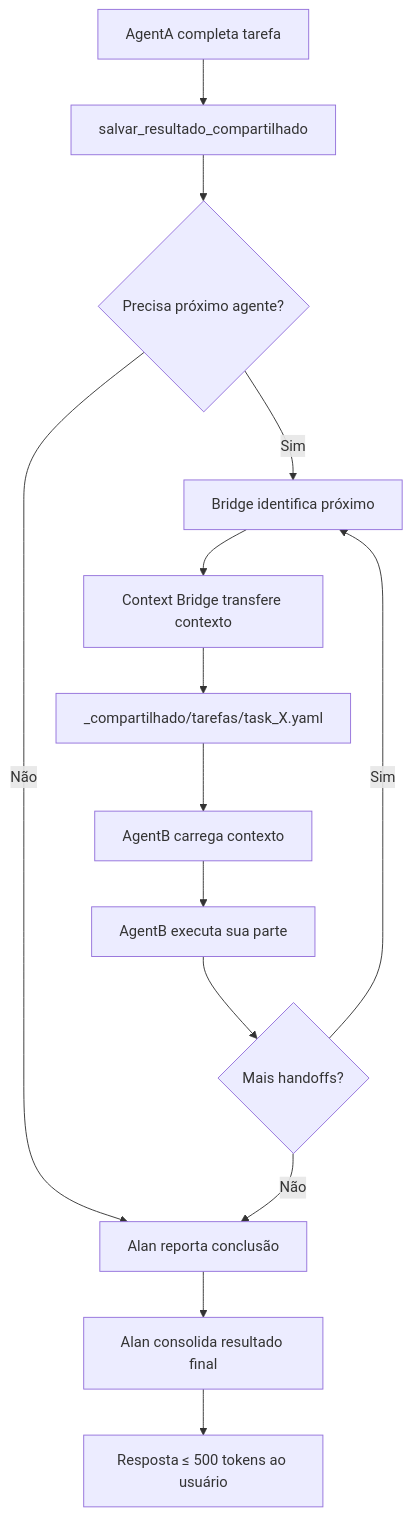
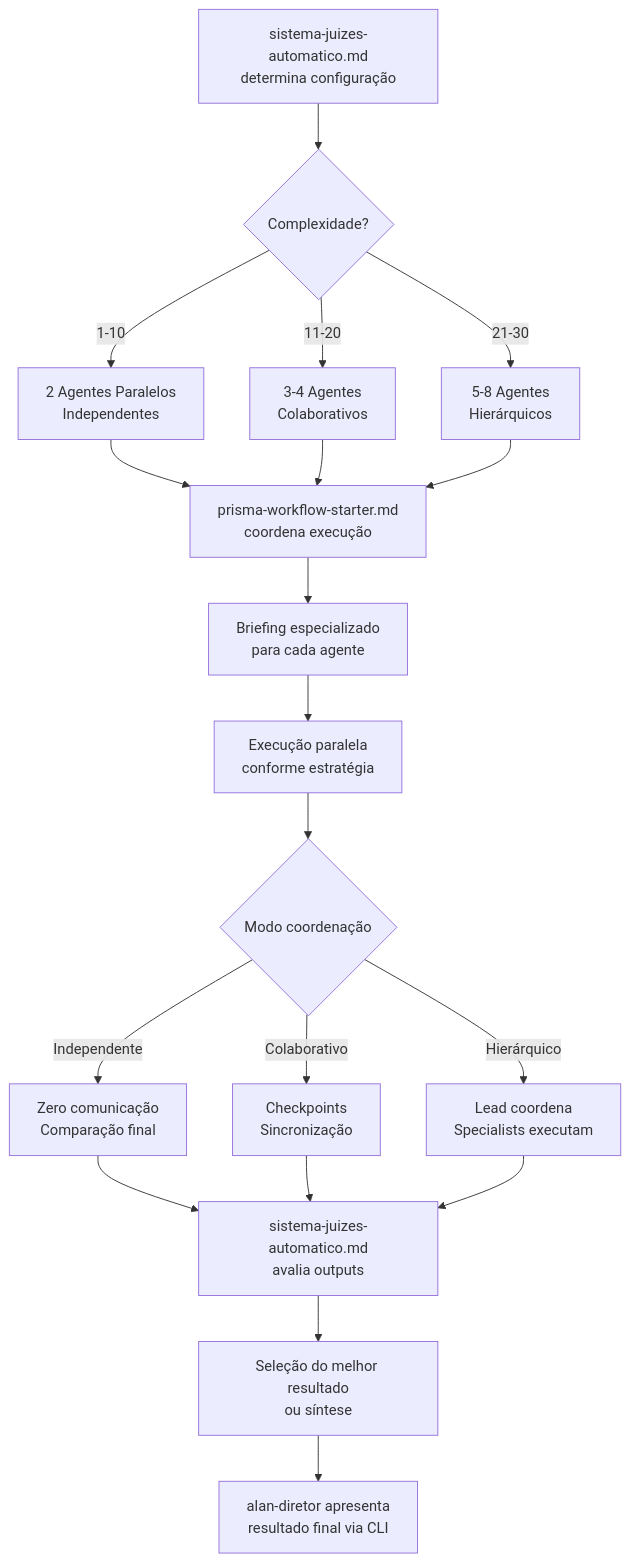
Before and after one commit to matheusmaiberg/prisma: the fifth of 6 diagrams in .claude/specs/universal-agent-framework/design.md, drawn with Mermaid. The commit also changed other lines of this file and 8 other files, not shown here.

First line of the commit message:
feat: corrigir design Universal Agent Framework - orquestração CLI

````diff
--- a/.claude/specs/universal-agent-framework/design.md
+++ b/.claude/specs/universal-agent-framework/design.md
@@ -287,18 +292,27 @@
 ```mermaid
 flowchart TD
-    A[AgentA completa tarefa] --> B[salvar_resultado_compartilhado]
-    B --> C{Precisa próximo agente?}
-    C -->|Sim| D[Bridge identifica próximo]
-    C -->|Não| E[Alan reporta conclusão]
+    A[sistema-juizes-automatico.md<br/>determina configuração] --> B{Complexidade?}
 
-    D --> F[Context Bridge transfere contexto]
-    F --> G[_compartilhado/tarefas/task_X.yaml]
-    G --> H[AgentB carrega contexto]
-    H --> I[AgentB executa sua parte]
-    I --> J{Mais handoffs?}
-    J -->|Sim| D
-    J -->|Não| E
+    B -->|1-10| C[2 Agentes Paralelos<br/>Independentes]
+    B -->|11-20| D[3-4 Agentes<br/>Colaborativos]
+    B -->|21-30| E[5-8 Agentes<br/>Hierárquicos]
 
-    E --> K[Alan consolida resultado final]
-    K --> L[Resposta ≤ 500 tokens ao usuário]
+    C --> F[prisma-workflow-starter.md<br/>coordena execução]
+    D --> F
+    E --> F
+
+    F --> G[Briefing especializado<br/>para cada agente]
+    G --> H[Execução paralela<br/>conforme estratégia]
+
+    H --> I{Modo coordenação}
+    I -->|Independente| J[Zero comunicação<br/>Comparação final]
+    I -->|Colaborativo| K[Checkpoints<br/>Sincronização]
+    I -->|Hierárquico| L[Lead coordena<br/>Specialists executam]
+
+    J --> M[sistema-juizes-automatico.md<br/>avalia outputs]
+    K --> M
+    L --> M
+
+    M --> N[Seleção do melhor resultado<br/>ou síntese]
+    N --> O[alan-diretor apresenta<br/>resultado final via CLI]
 ```
````
